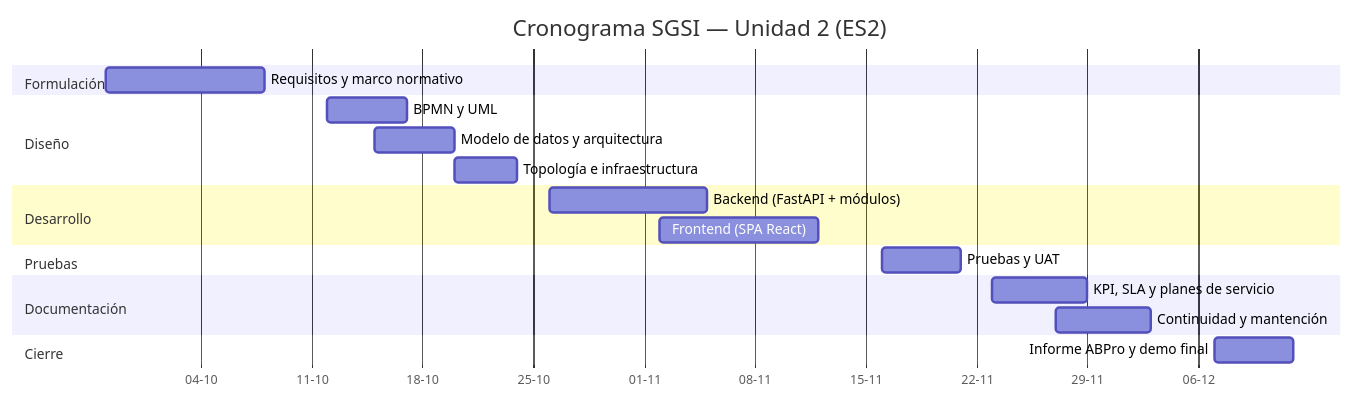
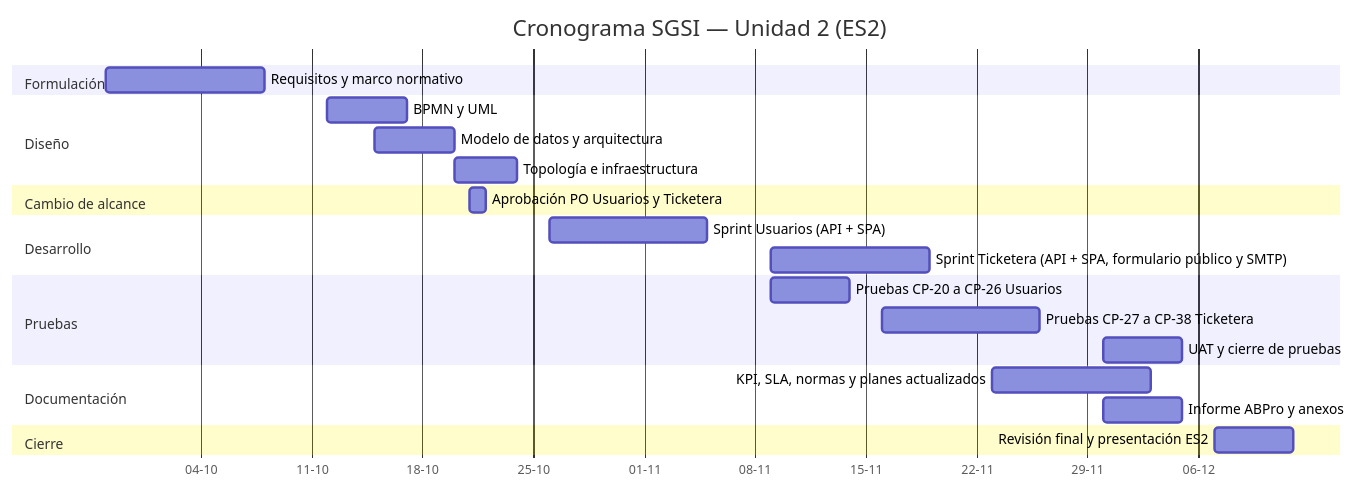
The diagram in Documentacion/Entregas/U2-Desarrollo_e_Implementacion/16_carta_gantt.md (pbahamondez-inacap/proyectotitulo-inacap-Pbahamondez), drawn with Mermaid before and after one commit. The commit also changed other lines of this file and 85 other files, not shown here.

````diff
--- a/Documentacion/Entregas/U2-Desarrollo_e_Implementacion/16_carta_gantt.md
+++ b/Documentacion/Entregas/U2-Desarrollo_e_Implementacion/16_carta_gantt.md
@@ -33,28 +33,33 @@
 ```mermaid
 gantt
     title Cronograma SGSI — Unidad 2 (ES2)
     dateFormat YYYY-MM-DD
     axisFormat %d-%m
 
     section Formulación
     Requisitos y marco normativo      :f1, 2026-09-28, 10d
 
     section Diseño
     BPMN y UML                        :f2a, 2026-10-12, 5d
     Modelo de datos y arquitectura    :f2b, 2026-10-15, 5d
     Topología e infraestructura       :f2c, 2026-10-20, 4d
 
+    section Cambio de alcance
+    Aprobación PO Usuarios y Ticketera :chg, 2026-10-21, 1d
+
     section Desarrollo
-    Backend (FastAPI + módulos)       :f3, 2026-10-26, 10d
-    Frontend (SPA React)              :f4, 2026-11-02, 10d
+    Sprint Usuarios (API + SPA)       :f3, 2026-10-26, 10d
+    Sprint Ticketera (API + SPA, formulario público y SMTP) :f4, 2026-11-09, 10d
 
     section Pruebas
-    Pruebas y UAT                     :f5, 2026-11-16, 5d
+    Pruebas CP-20 a CP-26 Usuarios    :f5a, 2026-11-09, 5d
+    Pruebas CP-27 a CP-38 Ticketera :f5b, 2026-11-16, 10d
+    UAT y cierre de pruebas              :f5c, 2026-11-30, 5d
 
     section Documentación
-    KPI, SLA y planes de servicio     :f6a, 2026-11-23, 6d
-    Continuidad y mantención          :f6b, 2026-11-27, 6d
+    KPI, SLA, normas y planes actualizados :f6a, 2026-11-23, 10d
+    Informe ABPro y anexos             :f6b, 2026-11-30, 5d
 
     section Cierre
-    Informe ABPro y demo final        :f7, 2026-12-07, 5d
+    Revisión final y presentación ES2 :f7, 2026-12-07, 5d
 ```
````
